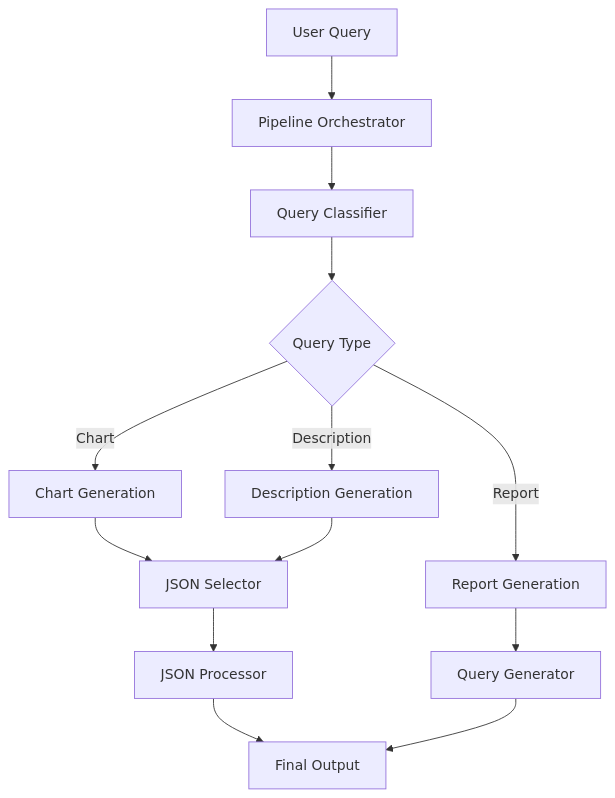
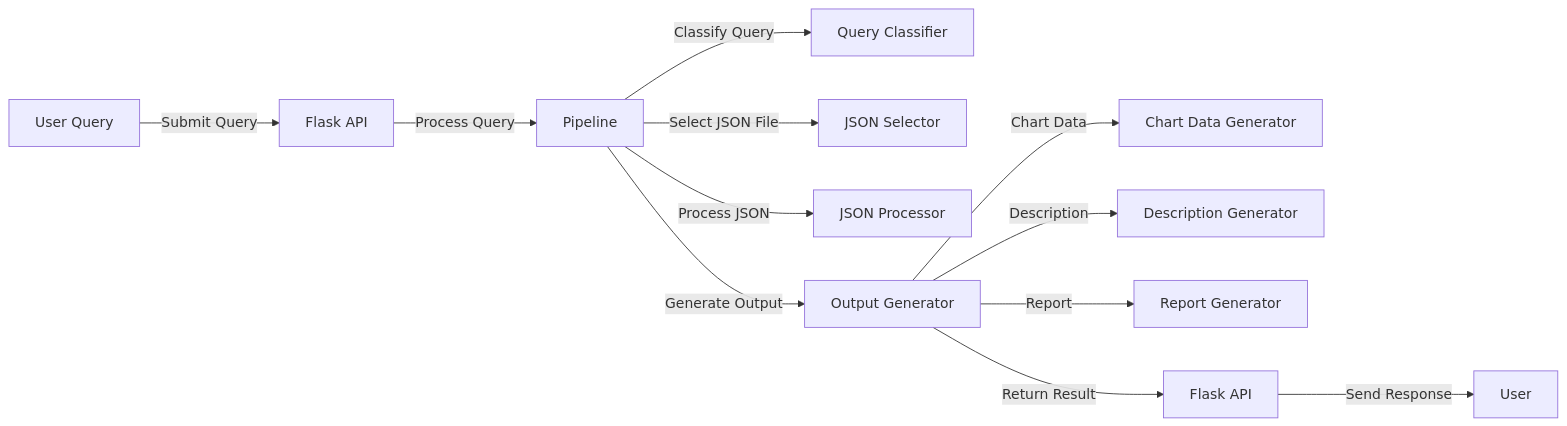
Before and after one commit to RecceLabTechies/Documentations: the first of 2 diagrams in docs/llm-architecture.md, drawn with Mermaid. The commit also changed other lines of this file and 2 other files, not shown here.

````diff
--- a/docs/llm-architecture.md
+++ b/docs/llm-architecture.md
@@ -7,17 +52,14 @@
 ```mermaid
-graph TD
-    User[User Query] --> Pipeline[Pipeline Orchestrator]
-    Pipeline --> Classifier[Query Classifier]
-    Classifier --> TypeDecision{Query Type}
-    TypeDecision -->|Chart| ChartFlow[Chart Generation]
-    TypeDecision -->|Description| DescFlow[Description Generation]
-    TypeDecision -->|Report| ReportFlow[Report Generation]
-
-    ChartFlow --> JSONSelect[JSON Selector]
-    DescFlow --> JSONSelect
-    ReportFlow --> QueryGen[Query Generator]
-
-    JSONSelect --> JSONProcess[JSON Processor]
-    JSONProcess --> Output[Final Output]
-    QueryGen --> Output
+graph LR
+    A[User Query] -->|Submit Query| B[Flask API]
+    B -->|Process Query| C[Pipeline]
+    C -->|Classify Query| D[Query Classifier]
+    C -->|Select JSON File| E[JSON Selector]
+    C -->|Process JSON| F[JSON Processor]
+    C -->|Generate Output| G[Output Generator]
+    G -->|Chart Data| H[Chart Data Generator]
+    G -->|Description| I[Description Generator]
+    G -->|Report| J[Report Generator]
+    G -->|Return Result| K[Flask API]
+    K -->|Send Response| L[User]
 ```
````
